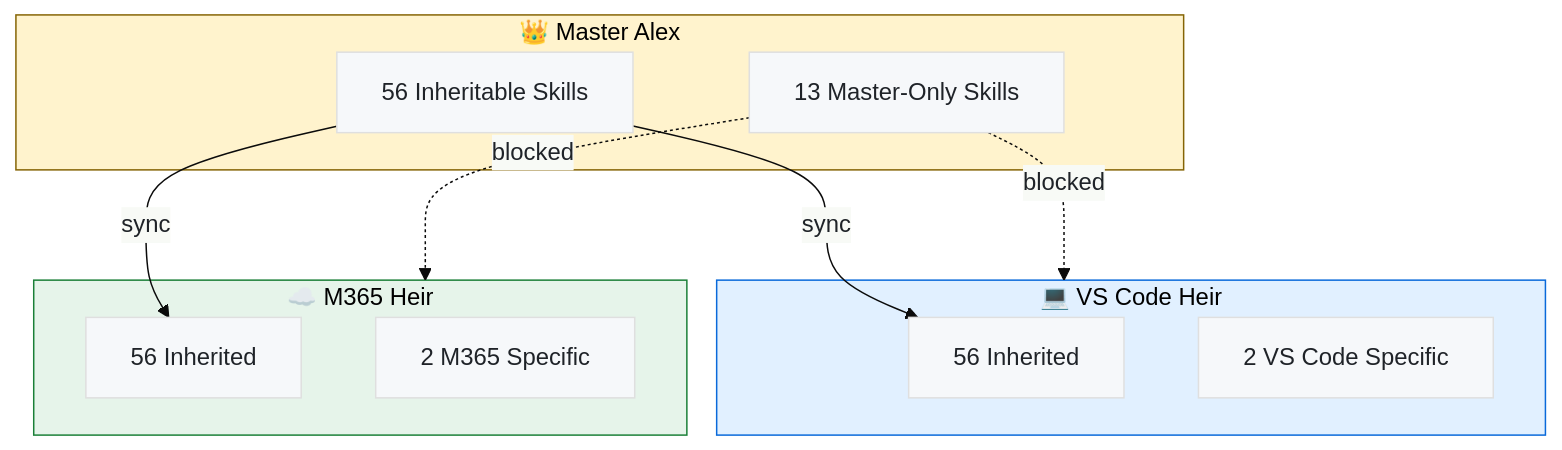
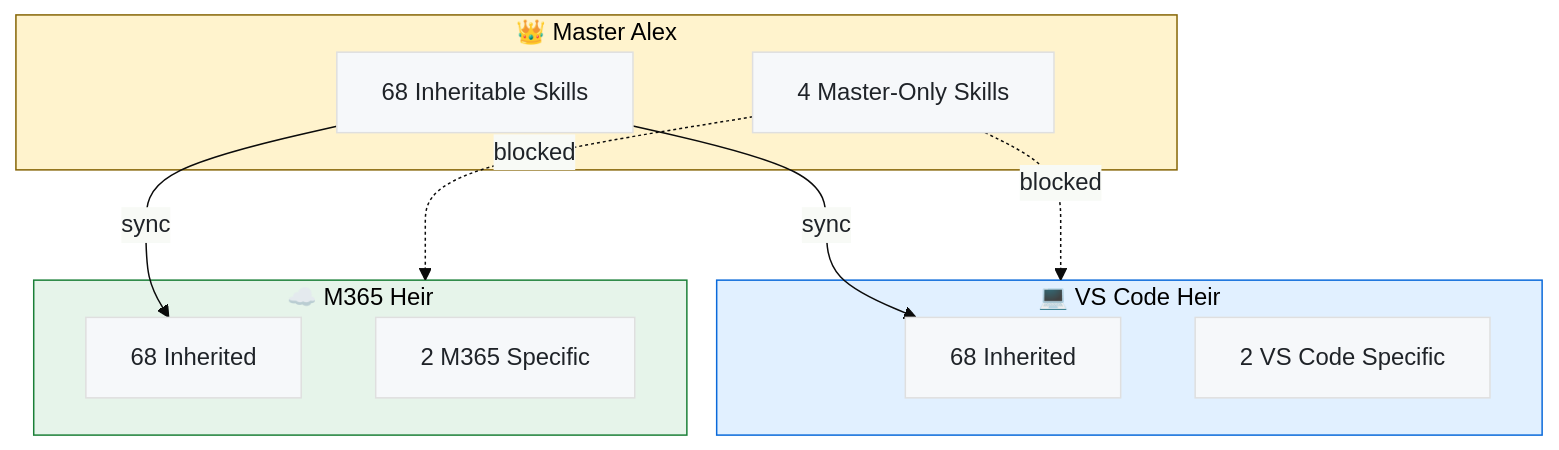
One commit to fabioc-aloha/Alex_Plug_In changed the sixth of 6 diagrams in platforms/vscode-extension/alex_docs/SKILLS-CATALOG.md. Above: the diagram before and after it, drawn with Mermaid. The commit also changed other lines of this file and 1 other file, not shown here.

First line of the commit message:
docs: update SKILLS-CATALOG.md

````diff
--- a/platforms/vscode-extension/alex_docs/SKILLS-CATALOG.md
+++ b/platforms/vscode-extension/alex_docs/SKILLS-CATALOG.md
@@ -597,27 +602,27 @@
 ```mermaid
 %%{init: {'theme': 'base', 'themeVariables': { 'primaryColor': '#f6f8fa', 'primaryTextColor': '#1f2328'}}}%%
 flowchart TB
     subgraph Master["👑 Master Alex"]
-        M_INH["56 Inheritable Skills"]
-        M_ONLY["13 Master-Only Skills"]
+        M_INH["68 Inheritable Skills"]
+        M_ONLY["4 Master-Only Skills"]
     end
 
     subgraph VSCode["💻 VS Code Heir"]
-        V_INH["56 Inherited"]
+        V_INH["68 Inherited"]
         V_OWN["2 VS Code Specific"]
     end
 
     subgraph M365["☁️ M365 Heir"]
-        M365_INH["56 Inherited"]
+        M365_INH["68 Inherited"]
         M365_OWN["2 M365 Specific"]
     end
 
     M_INH -->|"sync"| V_INH
     M_INH -->|"sync"| M365_INH
     M_ONLY -.->|"blocked"| VSCode
     M_ONLY -.->|"blocked"| M365
 
     style Master fill:#fff3cd,stroke:#856404
     style VSCode fill:#e1f0ff,stroke:#0969da
     style M365 fill:#e6f4ea,stroke:#1a7f37
 ```
````
